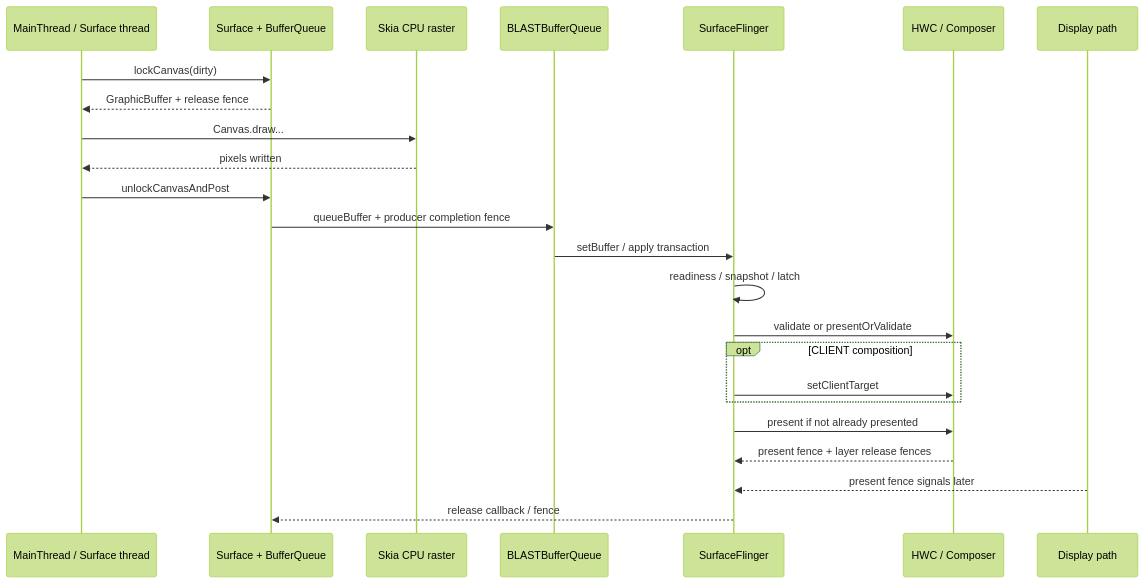
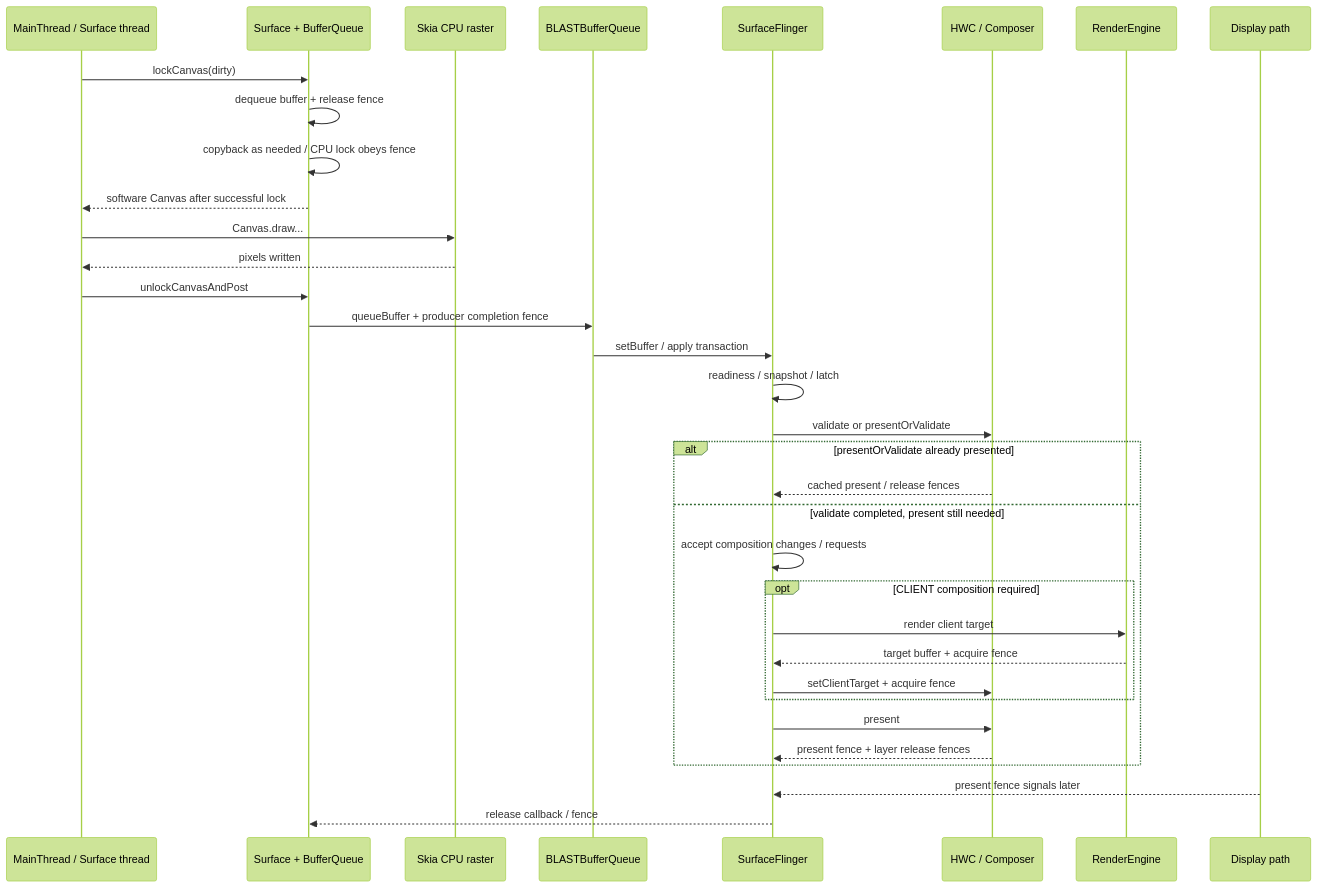
The second of 4 diagrams in src/part2-performance/ch13-rendering-pipelines/02-android-software-offscreen-mixed-rendering.md (Gracker/android-internals-wiki), drawn with Mermaid (forest theme) before and after one commit. The commit also changed other lines of this file and 196 other files, not shown here.

````diff
--- a/src/part2-performance/ch13-rendering-pipelines/02-android-software-offscreen-mixed-rendering.md
+++ b/src/part2-performance/ch13-rendering-pipelines/02-android-software-offscreen-mixed-rendering.md
@@ -297,27 +302,37 @@
 ```mermaid
 sequenceDiagram
     participant App as MainThread / Surface thread
     participant BQ as Surface + BufferQueue
     participant CPU as Skia CPU raster
     participant BLAST as BLASTBufferQueue
     participant SF as SurfaceFlinger
     participant HWC as HWC / Composer
+    participant RE as RenderEngine
     participant DD as Display path
 
     App->>BQ: lockCanvas(dirty)
-    BQ-->>App: GraphicBuffer + release fence
+    BQ->>BQ: dequeue buffer + release fence
+    BQ->>BQ: copyback as needed / CPU lock obeys fence
+    BQ-->>App: software Canvas after successful lock
     App->>CPU: Canvas.draw...
     CPU-->>App: pixels written
     App->>BQ: unlockCanvasAndPost
     BQ->>BLAST: queueBuffer + producer completion fence
     BLAST->>SF: setBuffer / apply transaction
     SF->>SF: readiness / snapshot / latch
     SF->>HWC: validate or presentOrValidate
-    opt CLIENT composition
-        SF->>HWC: setClientTarget
+    alt presentOrValidate already presented
+        HWC-->>SF: cached present / release fences
+    else validate completed, present still needed
+        SF->>SF: accept composition changes / requests
+        opt CLIENT composition required
+            SF->>RE: render client target
+            RE-->>SF: target buffer + acquire fence
+            SF->>HWC: setClientTarget + acquire fence
+        end
+        SF->>HWC: present
+        HWC-->>SF: present fence + layer release fences
     end
-    SF->>HWC: present if not already presented
-    HWC-->>SF: present fence + layer release fences
     DD-->>SF: present fence signals later
     SF-->>BQ: release callback / fence
 ```
````
